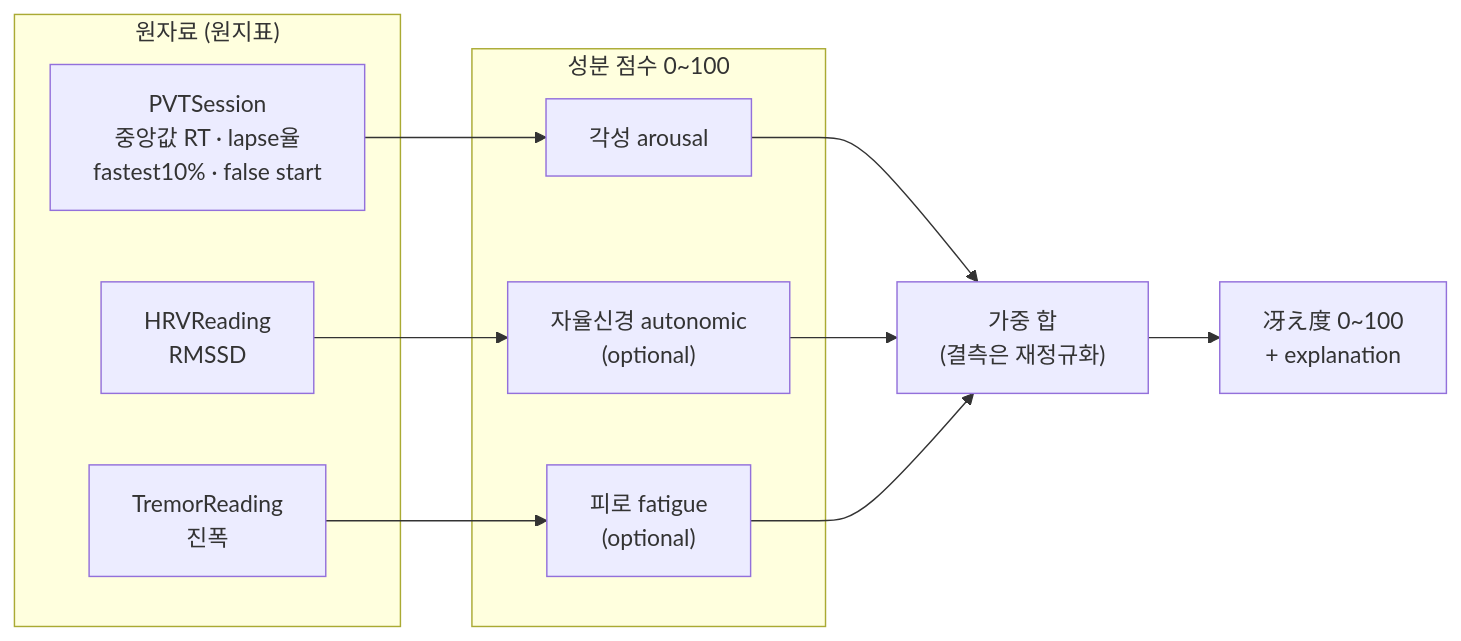
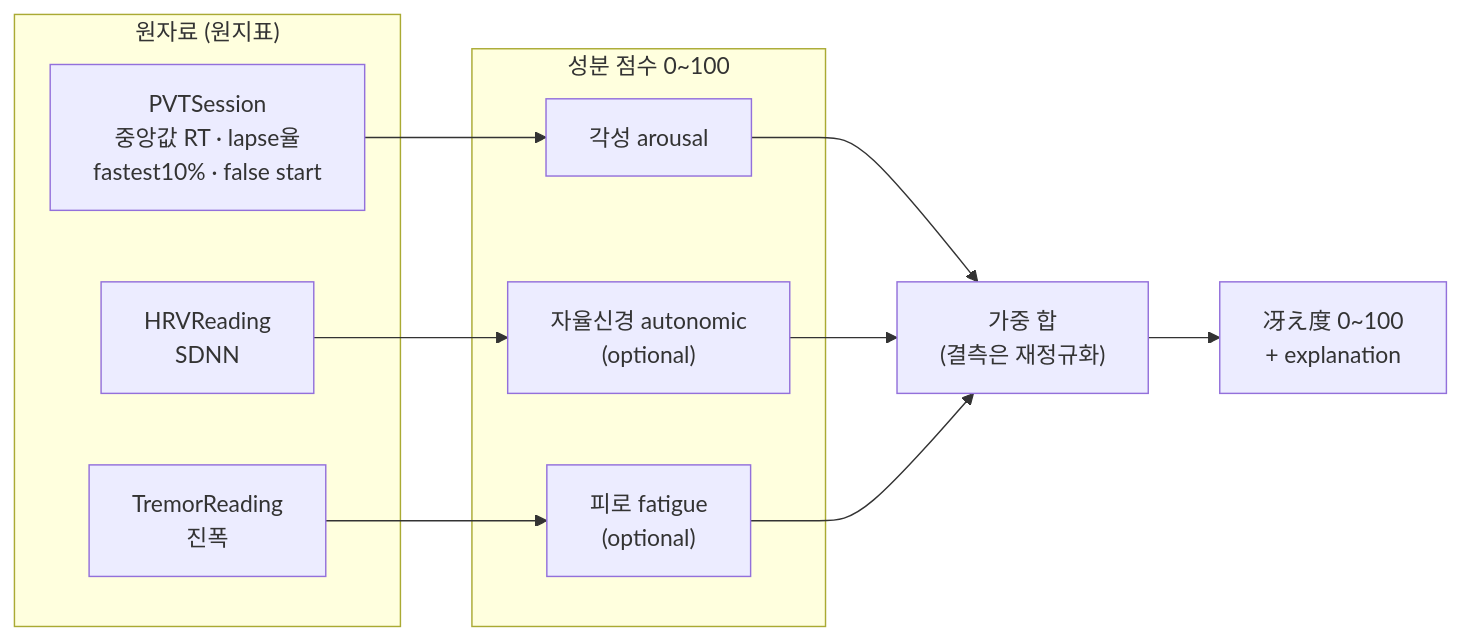
The diagram in docs/score-algorithm.md (2daKaizen-gun/sae), drawn with Mermaid before and after one commit. The commit also changed other lines of this file and 3 other files, not shown here.

````diff
--- a/docs/score-algorithm.md
+++ b/docs/score-algorithm.md
@@ -43,20 +43,20 @@
 ```mermaid
 flowchart LR
     subgraph 원자료["원자료 (원지표)"]
         P["PVTSession<br/>중앙값 RT · lapse율<br/>fastest10% · false start"]
-        H["HRVReading<br/>RMSSD"]
+        H["HRVReading<br/>SDNN"]
         T["TremorReading<br/>진폭"]
     end
     subgraph 성분["성분 점수 0~100"]
         A["각성 arousal"]
         AN["자율신경 autonomic<br/>(optional)"]
         F["피로 fatigue<br/>(optional)"]
     end
     P --> A
     H --> AN
     T --> F
     A --> W["가중 합<br/>(결측은 재정규화)"]
     AN --> W
     F --> W
     W --> S["冴え度 0~100<br/>+ explanation"]
 ```
````
